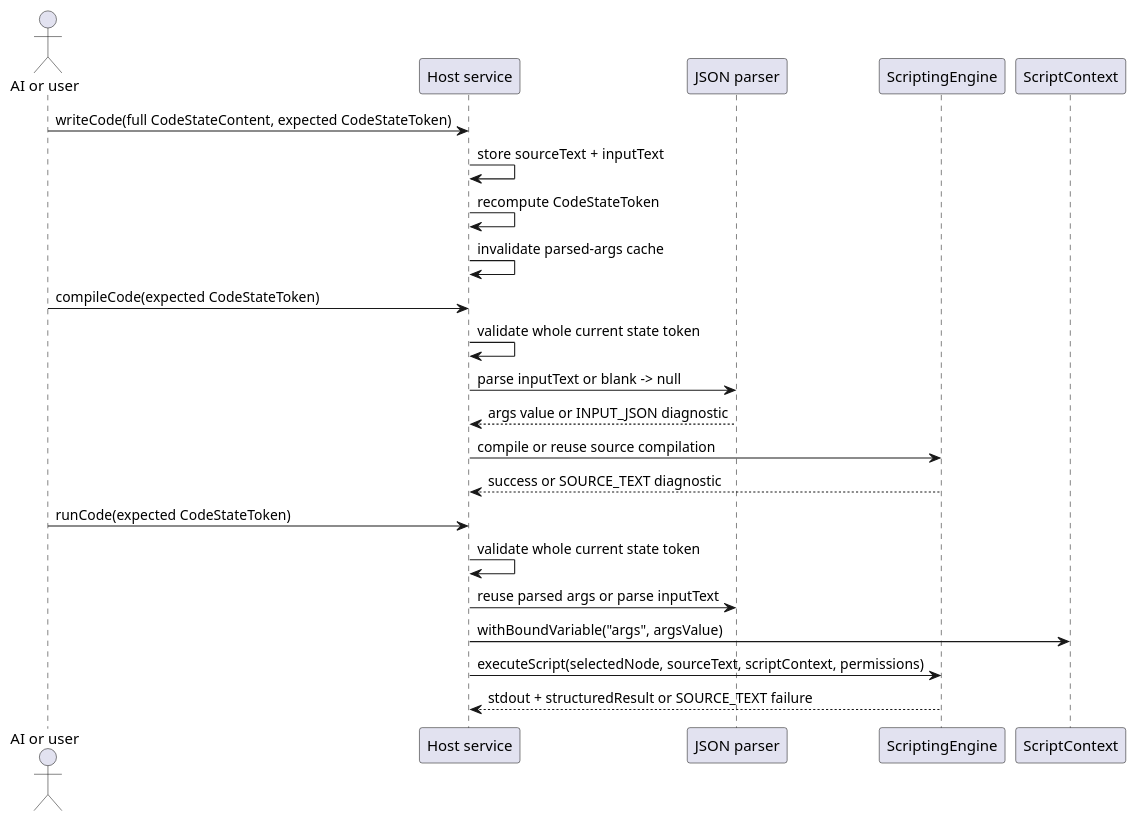
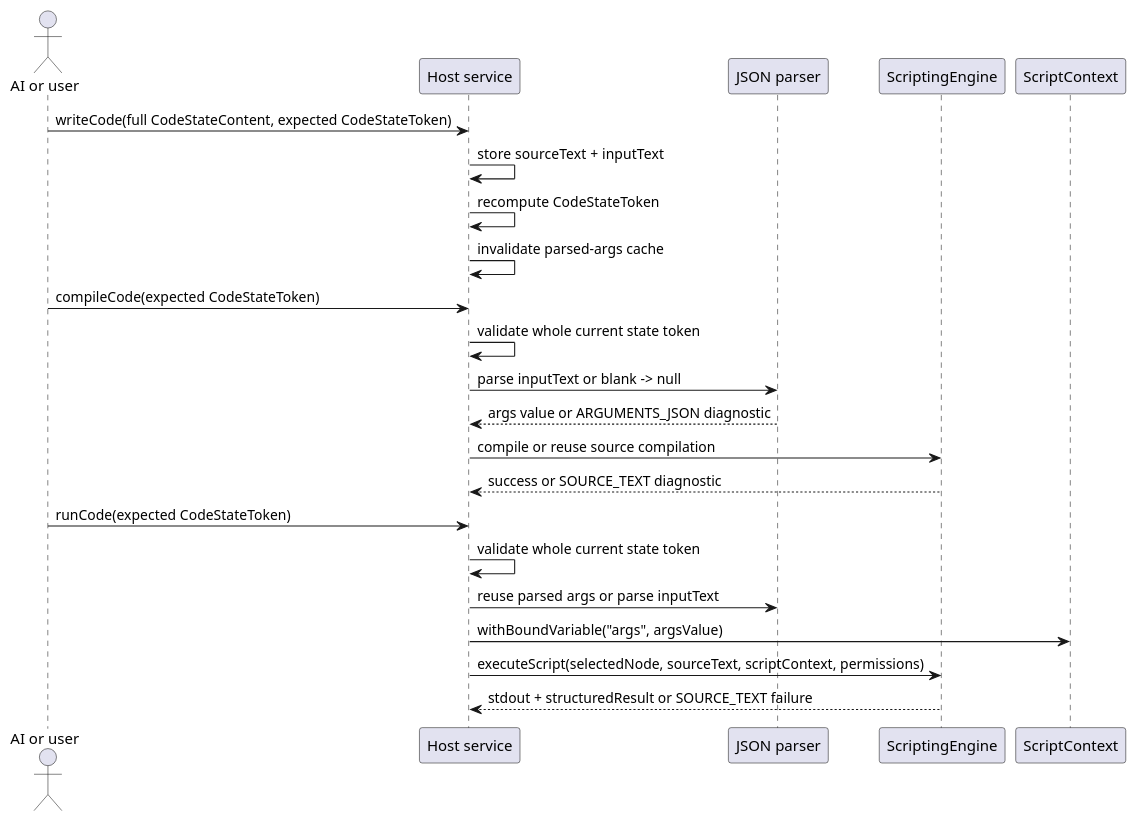
The third of 3 diagrams in ai-specs/tasks/review/add-bound-json-inputs-to-script-hosts.md (hyperdreamer/freeplane), drawn with PlantUML before and after one commit. The commit also changed other lines of this file and 42 other files, not shown here.

````diff
--- a/ai-specs/tasks/review/add-bound-json-inputs-to-script-hosts.md
+++ b/ai-specs/tasks/review/add-bound-json-inputs-to-script-hosts.md
@@ -376,28 +376,28 @@
 ```plantuml
 @startuml
 actor "AI or user" as Caller
 participant "Host service" as Host
 participant "JSON parser" as Json
 participant "ScriptingEngine" as Engine
 participant "ScriptContext" as Context
 
 Caller -> Host : writeCode(full CodeStateContent, expected CodeStateToken)
 Host -> Host : store sourceText + inputText
 Host -> Host : recompute CodeStateToken
 Host -> Host : invalidate parsed-args cache
 
 Caller -> Host : compileCode(expected CodeStateToken)
 Host -> Host : validate whole current state token
 Host -> Json : parse inputText or blank -> null
-Json --> Host : args value or INPUT_JSON diagnostic
+Json --> Host : args value or ARGUMENTS_JSON diagnostic
 Host -> Engine : compile or reuse source compilation
 Engine --> Host : success or SOURCE_TEXT diagnostic
 
 Caller -> Host : runCode(expected CodeStateToken)
 Host -> Host : validate whole current state token
 Host -> Json : reuse parsed args or parse inputText
 Host -> Context : withBoundVariable("args", argsValue)
 Host -> Engine : executeScript(selectedNode, sourceText, scriptContext, permissions)
 Engine --> Host : stdout + structuredResult or SOURCE_TEXT failure
 @enduml
 ```
````
